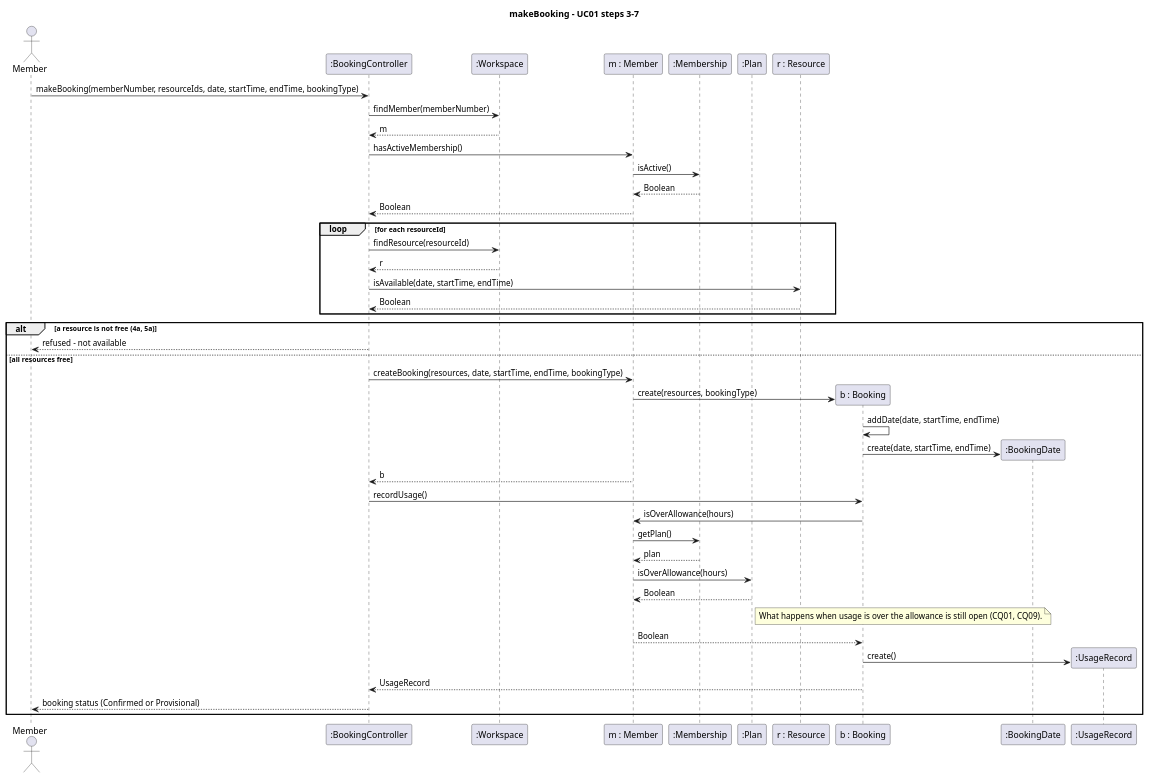
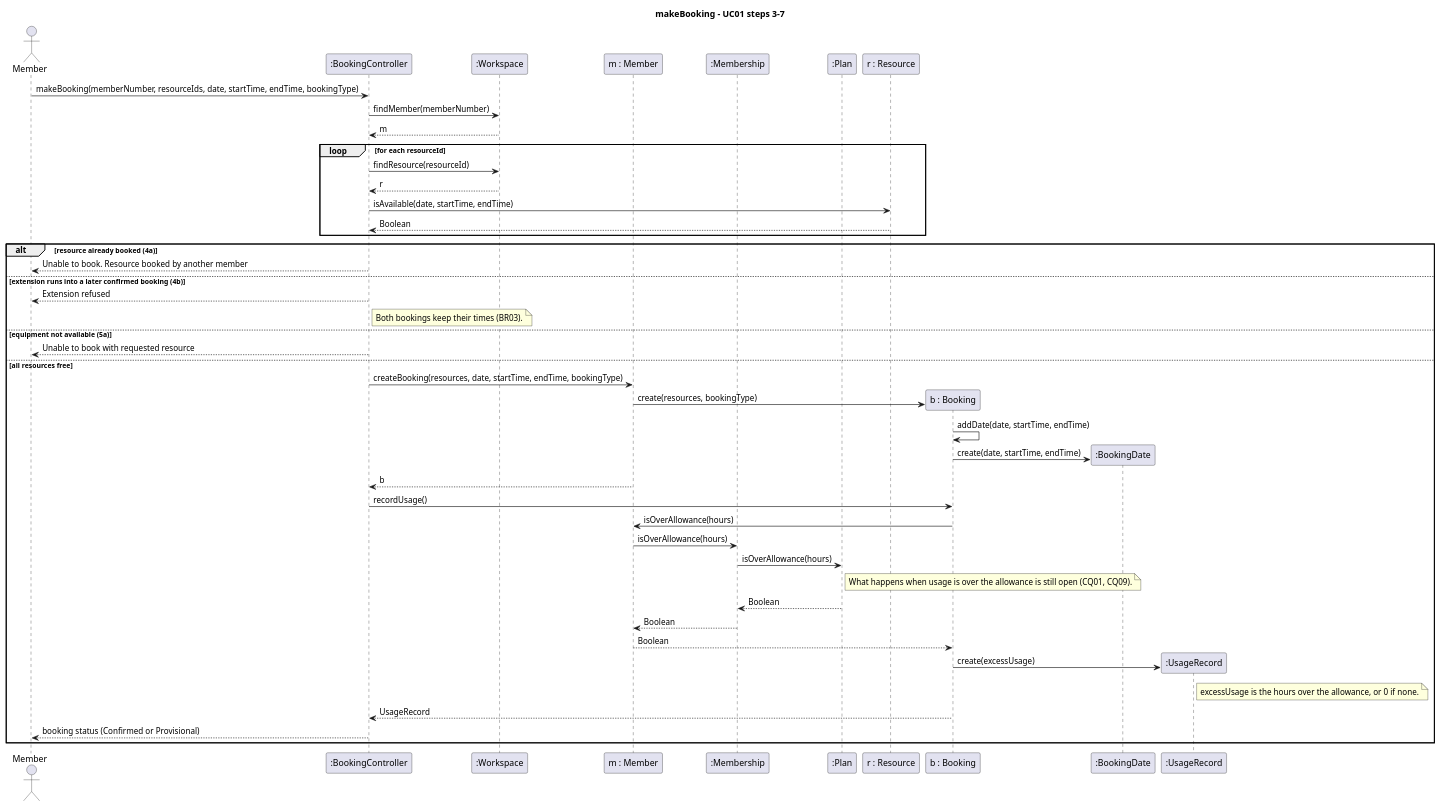
One commit to SwoopCodes/Object-Oriented-Analysis changed the diagram in ca2-design/diagrams/seq-makeBooking.puml. Above: the diagram before and after it, drawn with PlantUML. The commit also changed 5 other files, not shown here.

```diff
--- a/ca2-design/diagrams/seq-makeBooking.puml
+++ b/ca2-design/diagrams/seq-makeBooking.puml
@@ -1,49 +1,51 @@
 @startuml seq-makeBooking
 title makeBooking - UC01 steps 3-7
 actor Member as A
 participant ":BookingController" as C
 participant ":Workspace" as W
 participant "m : Member" as M
 participant ":Membership" as MS
 participant ":Plan" as P
 participant "r : Resource" as R
 
 A -> C : makeBooking(memberNumber, resourceIds, date, startTime, endTime, bookingType)
 C -> W : findMember(memberNumber)
 W --> C : m
-C -> M : hasActiveMembership()
-M -> MS : isActive()
-MS --> M : Boolean
-M --> C : Boolean
 
 loop for each resourceId
   C -> W : findResource(resourceId)
   W --> C : r
   C -> R : isAvailable(date, startTime, endTime)
   R --> C : Boolean
 end
 
-alt a resource is not free (4a, 5a)
-  C --> A : refused - not available
+alt resource already booked (4a)
+  C --> A : Unable to book. Resource booked by another member
+else extension runs into a later confirmed booking (4b)
+  C --> A : Extension refused
+  note right of C : Both bookings keep their times (BR03).
+else equipment not available (5a)
+  C --> A : Unable to book with requested resource
 else all resources free
   C -> M : createBooking(resources, date, startTime, endTime, bookingType)
   create "b : Booking" as B
   M -> B : create(resources, bookingType)
   B -> B : addDate(date, startTime, endTime)
   create ":BookingDate" as BD
   B -> BD : create(date, startTime, endTime)
   M --> C : b
   C -> B : recordUsage()
   B -> M : isOverAllowance(hours)
-  M -> MS : getPlan()
-  MS --> M : plan
-  M -> P : isOverAllowance(hours)
-  P --> M : Boolean
+  M -> MS : isOverAllowance(hours)
+  MS -> P : isOverAllowance(hours)
   note right of P : What happens when usage is over the allowance is still open (CQ01, CQ09).
+  P --> MS : Boolean
+  MS --> M : Boolean
   M --> B : Boolean
   create ":UsageRecord" as U
-  B -> U : create()
+  B -> U : create(excessUsage)
+  note right of U : excessUsage is the hours over the allowance, or 0 if none.
   B --> C : UsageRecord
   C --> A : booking status (Confirmed or Provisional)
-  end
+end
 @enduml
```
